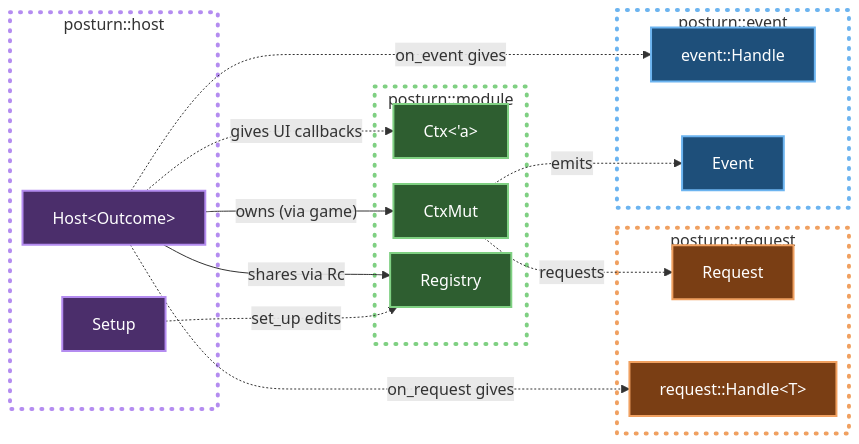
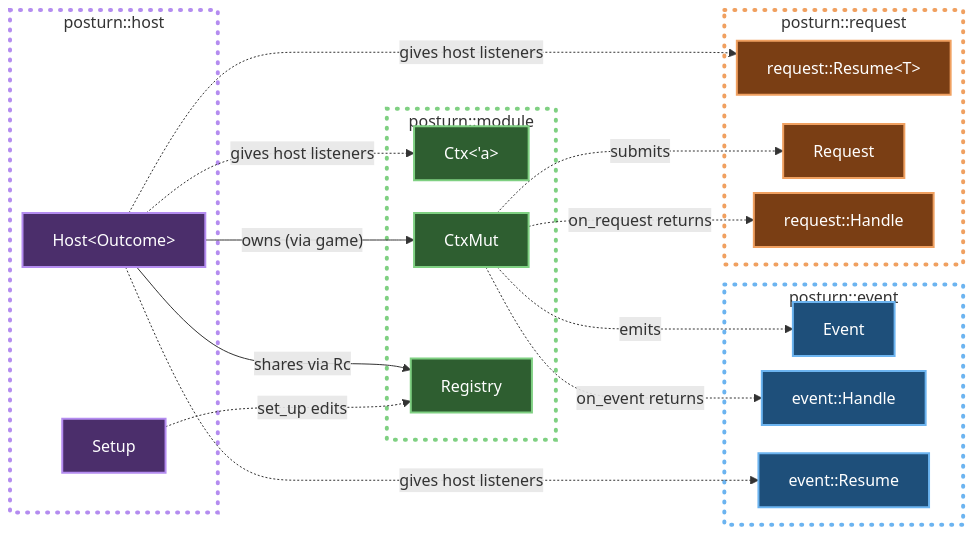
One commit to andrewtc/posturn changed the first of 5 diagrams in book/src/next_turn/plan/types.md. Above: the diagram before and after it, drawn with Mermaid. The commit also changed other lines of this file and 10 other files, not shown here.

````diff
--- a/book/src/next_turn/plan/types.md
+++ b/book/src/next_turn/plan/types.md
@@ -31,48 +31,56 @@
 ```mermaid
 %%{init: {"flowchart": {"nodeSpacing": 15, "rankSpacing": 25}}}%%
 flowchart LR
 
     %% Layout: the order of declarations and edges was tuned by measuring rendered variants for size and edge
     %% crossings. Reordering lines here can change the layout noticeably.
 
     subgraph module ["posturn::module"]
         Ctx["Ctx#lt;'a#gt;"]
         CtxMut["CtxMut"]
         Registry["Registry"]
     end
+    subgraph request ["posturn::request"]
+        RequestResume["request::Resume#lt;T#gt;"]
+        Request["Request"]
+        RequestHandle["request::Handle"]
+    end
     subgraph event ["posturn::event"]
+        Event["Event"]
         EventHandle["event::Handle"]
-        Event["Event"]
-    end
-    subgraph request ["posturn::request"]
-        Request["Request"]
-        RequestHandle["request::Handle#lt;T#gt;"]
+        EventResume["event::Resume"]
     end
     subgraph host ["posturn::host"]
+        Host["Host#lt;Outcome#gt;"]
         Setup["Setup"]
-        Host["Host#lt;Outcome#gt;"]
     end
 
     Host -- "shares via Rc" --> Registry
+    CtxMut -. "on_event returns" .-> EventHandle
+    Setup -. "set_up edits" .-> Registry
     Host -- "owns (via game)" --> CtxMut
+    CtxMut -. "submits" .-> Request
     CtxMut -. "emits" .-> Event
-    Host -. "gives UI callbacks" .-> Ctx
-    CtxMut -. "requests" .-> Request
-    Setup -. "set_up edits" .-> Registry
-    Host -. "on_request gives" .-> RequestHandle
-    Host -. "on_event gives" .-> EventHandle
+    Host -. "gives host listeners" .-> EventResume
+    Host -. "gives host listeners" .-> Ctx
+    Host -. "gives host listeners" .-> RequestResume
+    CtxMut -. "on_request returns" .-> RequestHandle
+    %% An invisible link, which only steers the layout:
+    host ~~~ request
 
     style host fill:none,stroke:#b48cf0,stroke-width:4px,stroke-dasharray:1 9,stroke-linecap:round
     style module fill:none,stroke:#7fd082,stroke-width:4px,stroke-dasharray:1 9,stroke-linecap:round
     style event fill:none,stroke:#6cb4f0,stroke-width:4px,stroke-dasharray:1 9,stroke-linecap:round
     style request fill:none,stroke:#f0a060,stroke-width:4px,stroke-dasharray:1 9,stroke-linecap:round
     style Setup fill:#4b2e6b,stroke:#b48cf0,stroke-width:2px,color:#ffffff
     style Host fill:#4b2e6b,stroke:#b48cf0,stroke-width:2px,color:#ffffff
     style CtxMut fill:#2e5e30,stroke:#7fd082,stroke-width:2px,color:#ffffff
     style Registry fill:#2e5e30,stroke:#7fd082,stroke-width:2px,color:#ffffff
     style Ctx fill:#2e5e30,stroke:#7fd082,stroke-width:2px,color:#ffffff
     style Event fill:#1e4f7a,stroke:#6cb4f0,stroke-width:2px,color:#ffffff
     style EventHandle fill:#1e4f7a,stroke:#6cb4f0,stroke-width:2px,color:#ffffff
+    style EventResume fill:#1e4f7a,stroke:#6cb4f0,stroke-width:2px,color:#ffffff
     style Request fill:#7a3e14,stroke:#f0a060,stroke-width:2px,color:#ffffff
     style RequestHandle fill:#7a3e14,stroke:#f0a060,stroke-width:2px,color:#ffffff
+    style RequestResume fill:#7a3e14,stroke:#f0a060,stroke-width:2px,color:#ffffff
 ```
````
